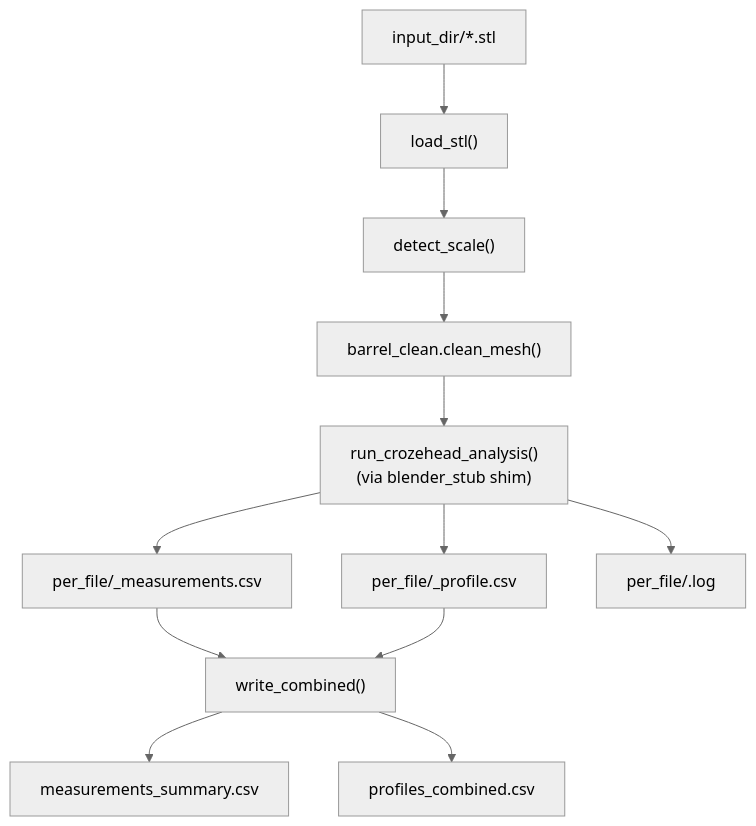
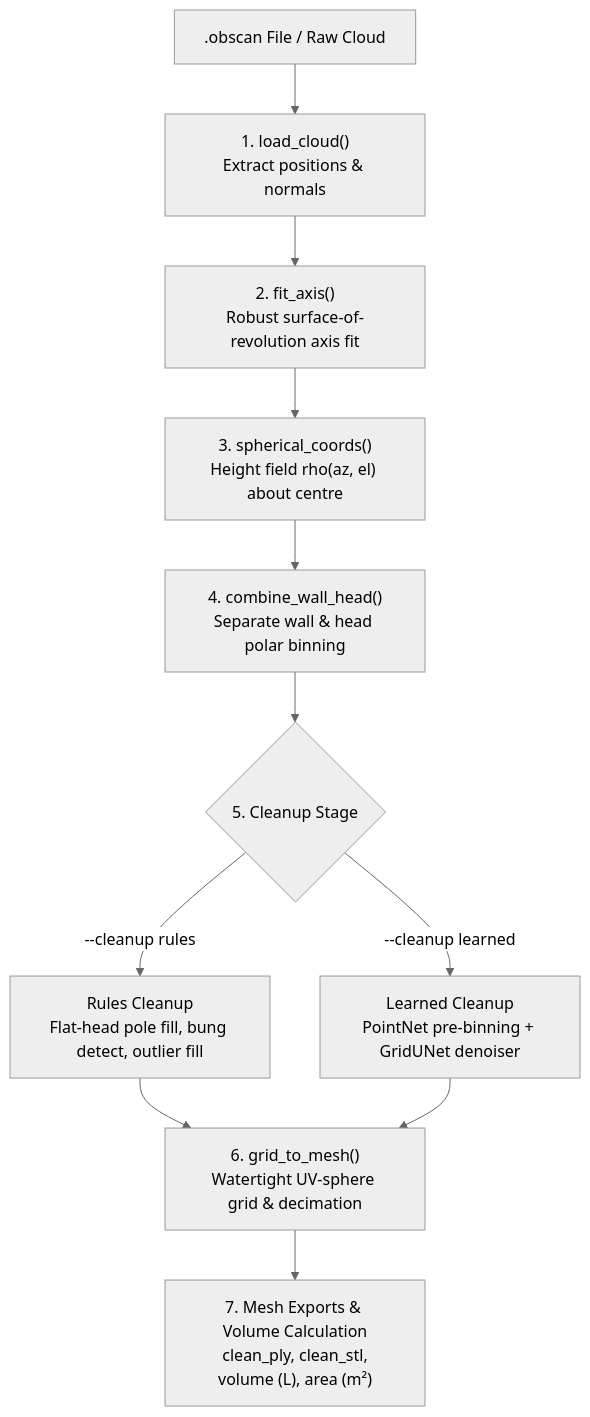
One commit to abhinabch/Dual-Axis-Pass-Through-Barrel-Scanner changed the diagram in docs/PIPELINE_GUIDE.md. Above: the diagram before and after it, drawn with Mermaid (neutral theme). The commit also changed other lines of this file and 23 other files, not shown here.

````diff
--- a/docs/PIPELINE_GUIDE.md
+++ b/docs/PIPELINE_GUIDE.md
@@ -7,14 +11,13 @@
 ```mermaid
 flowchart TD
-    A["input_dir/*.stl"] --> B["load_stl()"]
-    B --> C["detect_scale()"]
-    C --> D["barrel_clean.clean_mesh()"]
-    D --> E["run_crozehead_analysis()\n(via blender_stub shim)"]
-    E --> F["per_file/<name>_measurements.csv"]
-    E --> G["per_file/<name>_profile.csv"]
-    E --> H["per_file/<name>.log"]
-    F --> I["write_combined()"]
-    G --> I
-    I --> J["measurements_summary.csv"]
-    I --> K["profiles_combined.csv"]
+    A[".obscan File / Raw Cloud"] --> B["1. load_cloud()\nExtract positions & normals"]
+    B --> C["2. fit_axis()\nRobust surface-of-revolution axis fit"]
+    C --> D["3. spherical_coords()\nHeight field rho(az, el) about centre"]
+    D --> E["4. combine_wall_head()\nSeparate wall & head polar binning"]
+    E --> F{"5. Cleanup Stage"}
+    F -->|--cleanup rules| G["Rules Cleanup\nFlat-head pole fill, bung detect, outlier fill"]
+    F -->|--cleanup learned| H["Learned Cleanup\nPointNet pre-binning + GridUNet denoiser"]
+    G --> I["6. grid_to_mesh()\nWatertight UV-sphere grid & decimation"]
+    H --> I
+    I --> J["7. Mesh Exports & Volume Calculation\n clean_ply, clean_stl, volume (L), area (m²)"]
 ```
````
